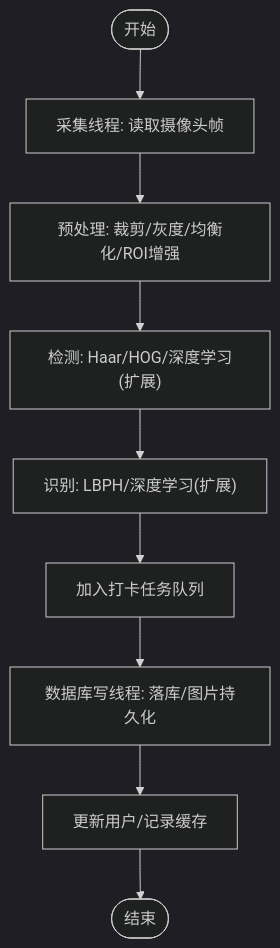
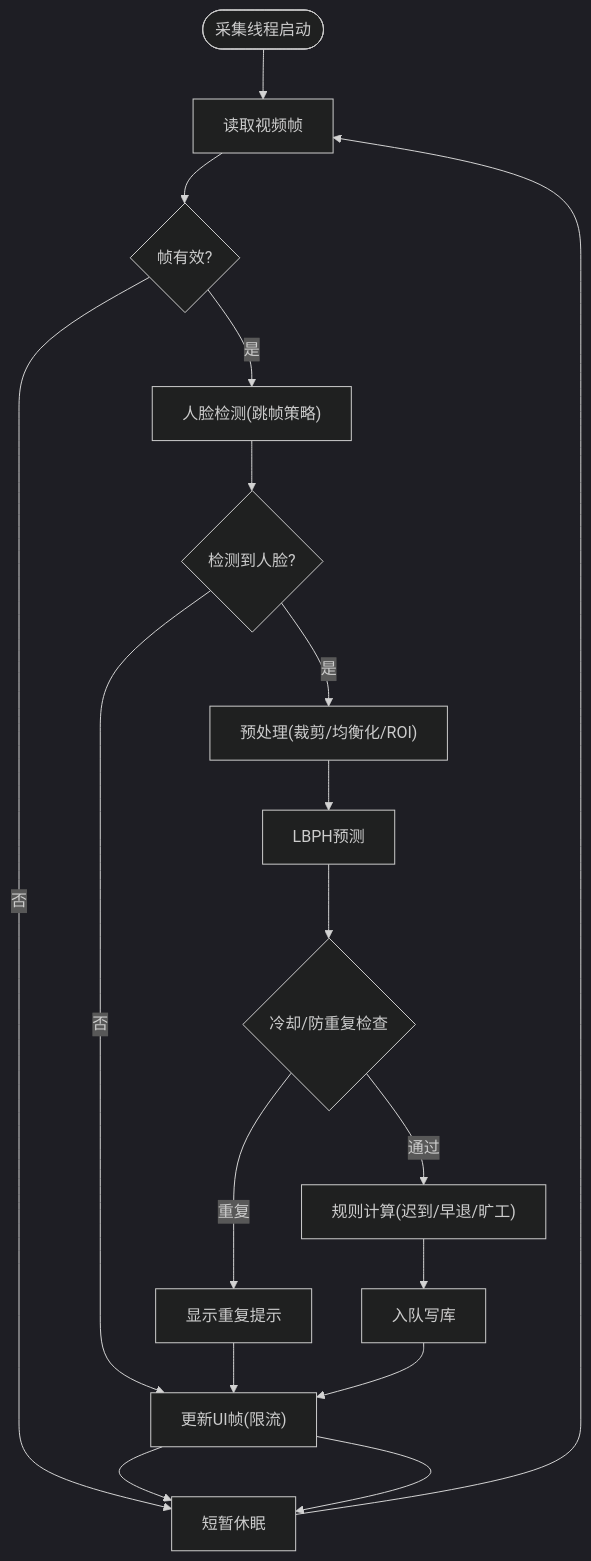
One commit to Drunk552/SmartAttendance changed the third of 8 diagrams in .qoder/repowiki/zh/content/开发指南/开发指南.md. Above: the diagram before and after it, drawn with Mermaid (dark theme). The commit also changed other lines of this file and 119 other files, not shown here.

````diff
--- a/.qoder/repowiki/zh/content/开发指南/开发指南.md
+++ b/.qoder/repowiki/zh/content/开发指南/开发指南.md
@@ -151,11 +166,17 @@
 ```mermaid
 flowchart TD
-Start(["开始"]) --> Cap["采集线程: 读取摄像头帧"]
-Cap --> Pre["预处理: 裁剪/灰度/均衡化/ROI增强"]
-Pre --> Detect["检测: Haar/HOG/深度学习(扩展)"]
-Detect --> Recognize["识别: LBPH/深度学习(扩展)"]
-Recognize --> Queue["加入打卡任务队列"]
-Queue --> Writer["数据库写线程: 落库/图片持久化"]
-Writer --> Cache["更新用户/记录缓存"]
-Cache --> End(["结束"])
+Start(["采集线程启动"]) --> Read["读取视频帧"]
+Read --> HasFrame{"帧有效?"}
+HasFrame --> |否| Sleep["短暂休眠"] --> Read
+HasFrame --> |是| Detect["人脸检测(跳帧策略)"]
+Detect --> HasFace{"检测到人脸?"}
+HasFace --> |否| UpdateUI["更新UI帧(限流)"] --> Sleep
+HasFace --> |是| Pre["预处理(裁剪/均衡化/ROI)"]
+Pre --> Predict["LBPH预测"]
+Predict --> Cool{"冷却/防重复检查"}
+Cool --> |重复| ShowMsg["显示重复提示"] --> UpdateUI
+Cool --> |通过| Calc["规则计算(迟到/早退/旷工)"]
+Calc --> Async["入队写库"]
+Async --> UpdateUI
+UpdateUI --> Sleep
 ```
````
